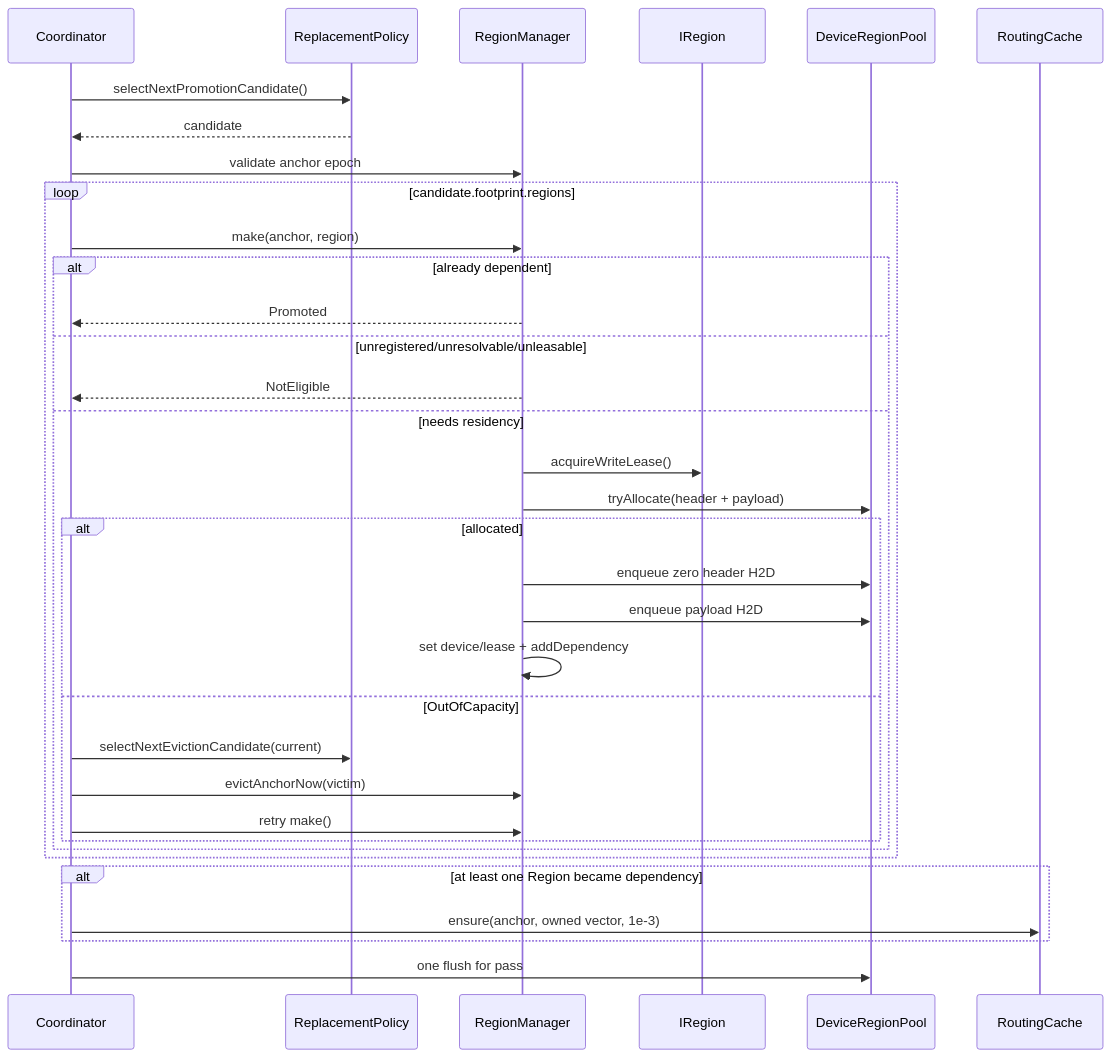
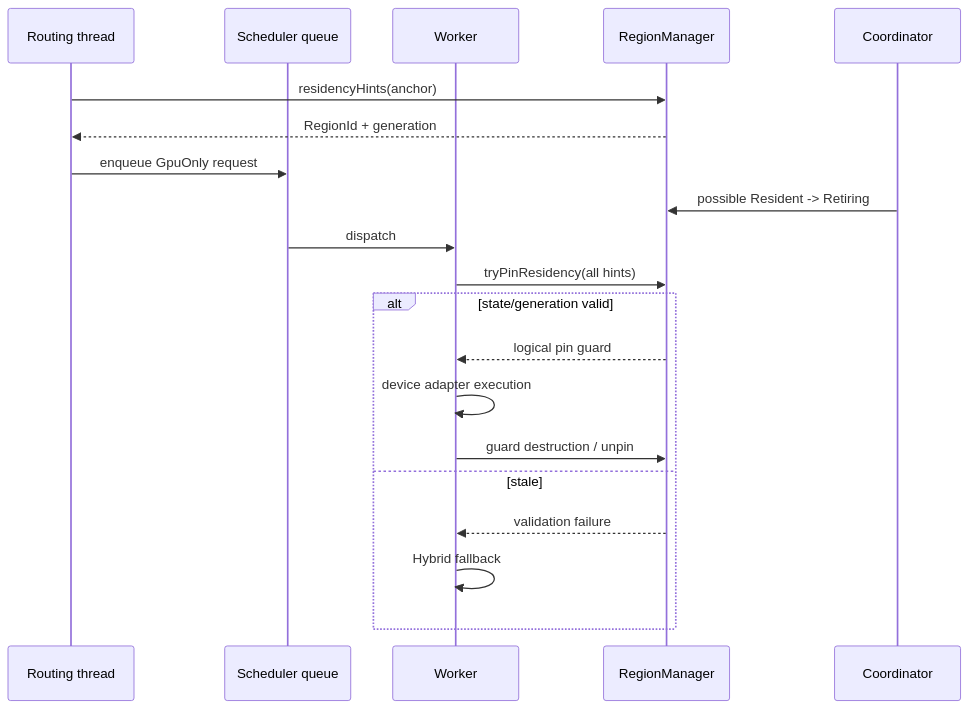
One commit to sjoon-oh/arachne-impl changed the seventh of 13 diagrams in cpp/doc/code-documentation-v3.md. Above: the diagram before and after it, drawn with Mermaid. The commit also changed other lines of this file and 29 other files, not shown here.

````diff
--- a/cpp/doc/code-documentation-v3.md
+++ b/cpp/doc/code-documentation-v3.md
@@ -984,37 +396,25 @@
 ```mermaid
 sequenceDiagram
-    participant CO as Coordinator
-    participant RP as ReplacementPolicy
-    participant RM as RegionManager
-    participant IR as IRegion
-    participant GP as DeviceRegionPool
-    participant RC as RoutingCache
+    participant R as Routing thread
+    participant Q as Scheduler queue
+    participant W as Worker
+    participant M as RegionManager
+    participant E as Coordinator
 
-    CO->>RP: selectNextPromotionCandidate()
-    RP-->>CO: candidate
-    CO->>RM: validate anchor epoch
-    loop candidate.footprint.regions
-        CO->>RM: make(anchor, region)
-        alt already dependent
-            RM-->>CO: Promoted
-        else unregistered/unresolvable/unleasable
-            RM-->>CO: NotEligible
-        else needs residency
-            RM->>IR: acquireWriteLease()
-            RM->>GP: tryAllocate(header + payload)
-            alt allocated
-                RM->>GP: enqueue zero header H2D
-                RM->>GP: enqueue payload H2D
-                RM->>RM: set device/lease + addDependency
-            else OutOfCapacity
-                CO->>RP: selectNextEvictionCandidate(current)
-                CO->>RM: evictAnchorNow(victim)
-                CO->>RM: retry make()
-            end
-        end
+    R->>M: residencyHints(anchor)
+    M-->>R: RegionId + generation
+    R->>Q: enqueue GpuOnly request
+
+    E->>M: possible Resident -> Retiring
+
+    Q->>W: dispatch
+    W->>M: tryPinResidency(all hints)
+    alt state/generation valid
+        M-->>W: logical pin guard
+        W->>W: device adapter execution
+        W->>M: guard destruction / unpin
+    else stale
+        M-->>W: validation failure
+        W->>W: Hybrid fallback
     end
-    alt at least one Region became dependency
-        CO->>RC: ensure(anchor, owned vector, 1e-3)
-    end
-    CO->>GP: one flush for pass
 ```
````
